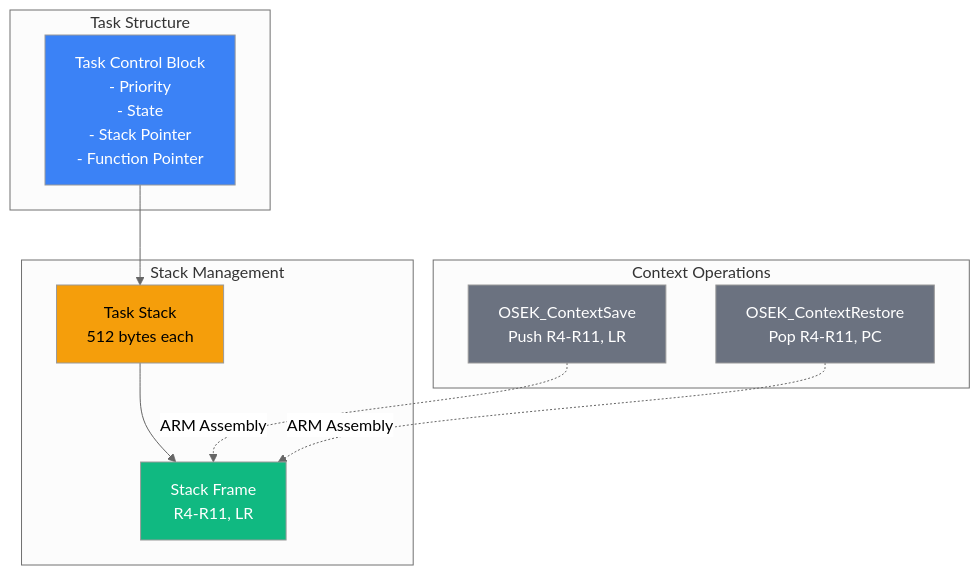
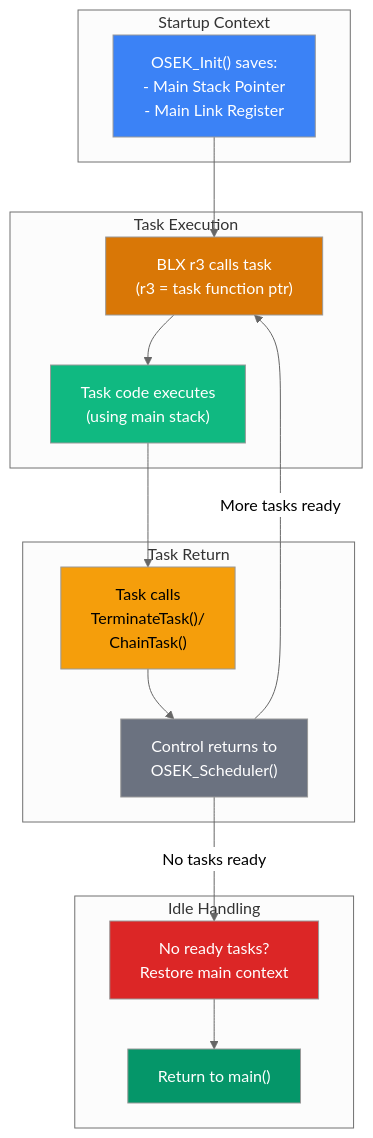
Before and after one commit to ivansigala/OSEK: the fourth of 7 diagrams in README.md, drawn with Mermaid (neutral theme). The commit also changed other lines of this file, not shown here.

````diff
--- a/README.md
+++ b/README.md
@@ -102,27 +102,37 @@
 ```mermaid
 graph TB
-    subgraph "Task Structure"
-        A["Task Control Block<br/>- Priority<br/>- State<br/>- Stack Pointer<br/>- Function Pointer"]
+    subgraph "Startup Context"
+        A["OSEK_Init() saves:<br/>- Main Stack Pointer<br/>- Main Link Register"]
     end
     
-    subgraph "Stack Management"
-        B["Task Stack<br/>512 bytes each"]
-        C["Stack Frame<br/>R4-R11, LR"]
+    subgraph "Task Execution"
+        B["BLX r3 calls task<br/>(r3 = task function ptr)"]
+        C["Task code executes<br/>(using main stack)"]
     end
     
-    subgraph "Context Operations"
-        D["OSEK_ContextSave<br/>Push R4-R11, LR"]
-        E["OSEK_ContextRestore<br/>Pop R4-R11, PC"]
+    subgraph "Task Return"
+        D["Task calls<br/>TerminateTask()/<br/>ChainTask()"]
+        E["Control returns to<br/>OSEK_Scheduler()"]
+    end
+    
+    subgraph "Idle Handling"
+        F["No ready tasks?<br/>Restore main context"]
+        G["Return to main()"]
     end
     
     A --> B
     B --> C
-    D -.->|ARM Assembly| C
-    E -.->|ARM Assembly| C
+    C --> D
+    D --> E
+    E -->|More tasks ready| B
+    E -->|No tasks ready| F
+    F --> G
     
     style A fill:#3b82f6,color:#fff
-    style B fill:#f59e0b,color:#000
+    style B fill:#d97706,color:#fff
     style C fill:#10b981,color:#fff
-    style D fill:#6b7280,color:#fff
+    style D fill:#f59e0b,color:#000
     style E fill:#6b7280,color:#fff
+    style F fill:#dc2626,color:#fff
+    style G fill:#059669,color:#fff
 ```
````
